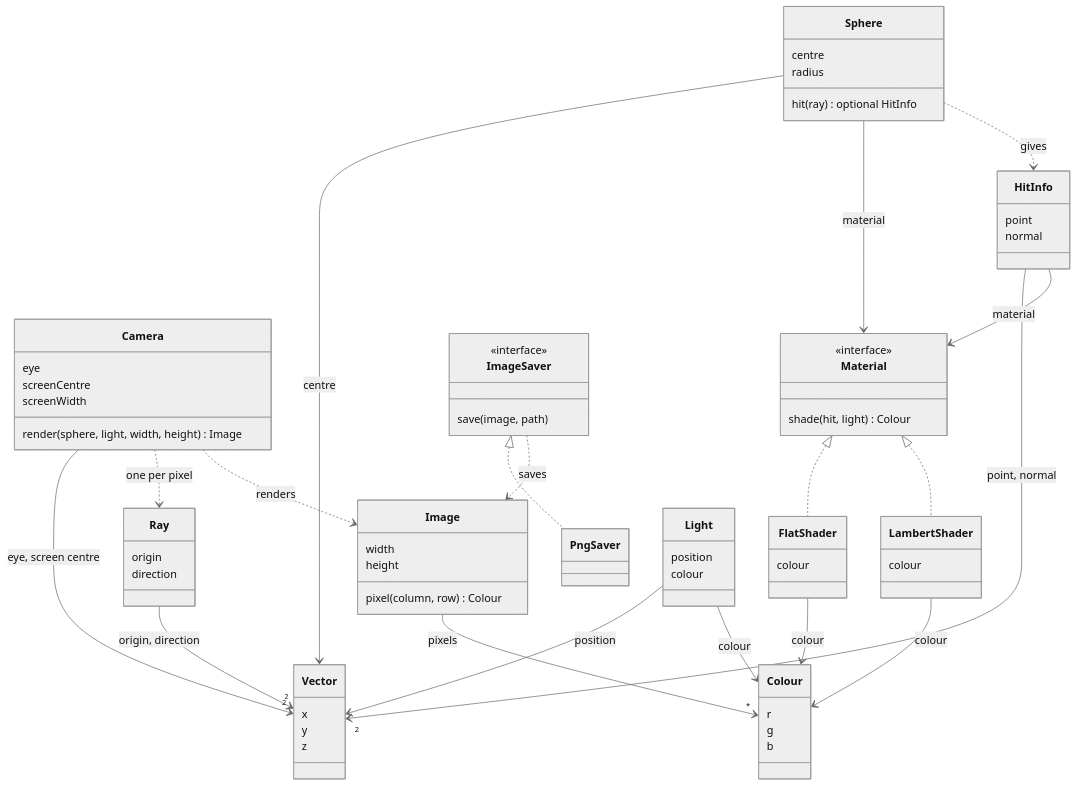
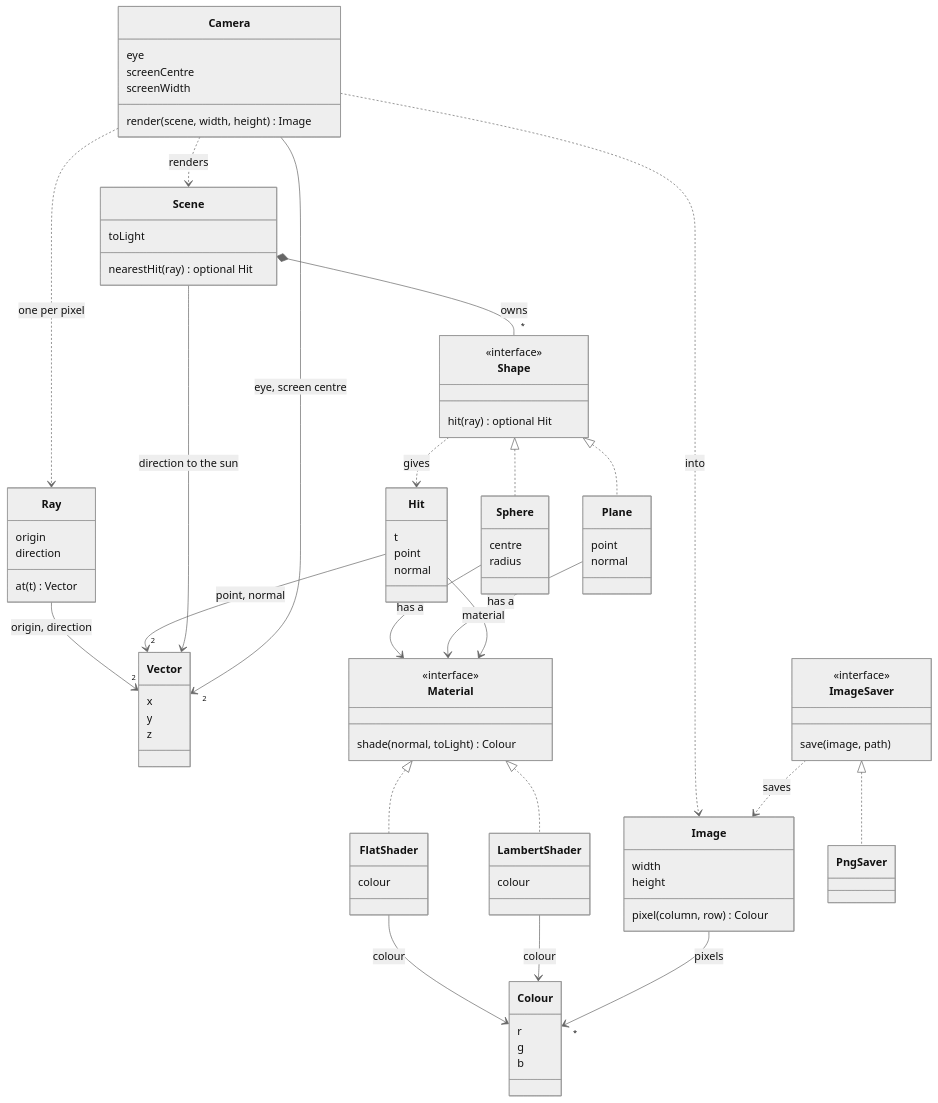
One commit to tsiorynobel/raytracer changed the diagram in docs/domain/domain-model.md. Above: the diagram before and after it, drawn with Mermaid (neutral theme). The commit also changed other lines of this file and 1 other file, not shown here.

Commit message:
Domain model and ADR: a shape has a material

````diff
--- a/docs/domain/domain-model.md
+++ b/docs/domain/domain-model.md
@@ -13,21 +13,34 @@
     class Ray {
         origin
         direction
+        at(t) Vector
+    }
+    class Shape {
+        <<interface>>
+        hit(ray) optional Hit
     }
     class Sphere {
         centre
         radius
-        hit(ray) optional HitInfo
     }
-    class HitInfo {
+    class Plane {
         point
         normal
+    }
+    class Hit {
+        t
+        point
+        normal
+    }
+    class Scene {
+        toLight
+        nearestHit(ray) optional Hit
     }
     class Camera {
         eye
         screenCentre
         screenWidth
-        render(sphere, light, width, height) Image
+        render(scene, width, height) Image
     }
     class Image {
         width
@@ -41,7 +54,7 @@
     }
     class Material {
         <<interface>>
-        shade(hit, light) Colour
+        shade(normal, toLight) Colour
     }
     class FlatShader {
         colour
@@ -54,27 +67,26 @@
         save(image, path)
     }
     class PngSaver
-    class Light {
-        position
-        colour
-    }
 
     Ray --> "2" Vector : origin, direction
-    Sphere --> Vector : centre
-    Sphere --> Material : material
-    Sphere ..> HitInfo : gives
-    HitInfo --> "2" Vector : point, normal
-    HitInfo --> Material : material
+    Shape <|.. Sphere
+    Shape <|.. Plane
+    Sphere --> Material : has a
+    Plane --> Material : has a
+    Shape ..> Hit : gives
+    Hit --> "2" Vector : point, normal
+    Hit --> Material : material
+    Scene *-- "*" Shape : owns
+    Scene --> Vector : direction to the sun
     Material <|.. FlatShader
+    Material <|.. LambertShader
     FlatShader --> Colour : colour
-    Material <|.. LambertShader
     LambertShader --> Colour : colour
     Camera --> "2" Vector : eye, screen centre
     Camera ..> Ray : one per pixel
-    Camera ..> Image : renders
+    Camera ..> Scene : renders
+    Camera ..> Image : into
     Image --> "*" Colour : pixels
     ImageSaver <|.. PngSaver
     ImageSaver ..> Image : saves
-    Light --> Vector : position
-    Light --> Colour : colour
 ```
````
